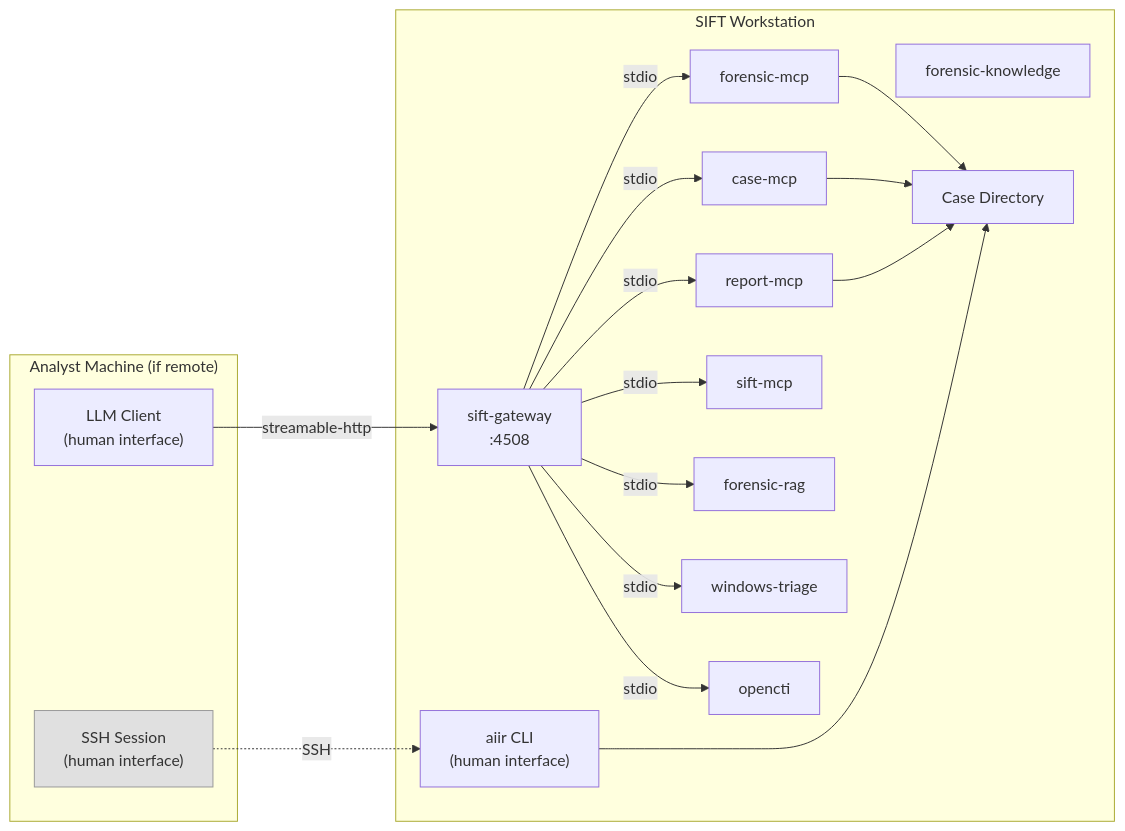
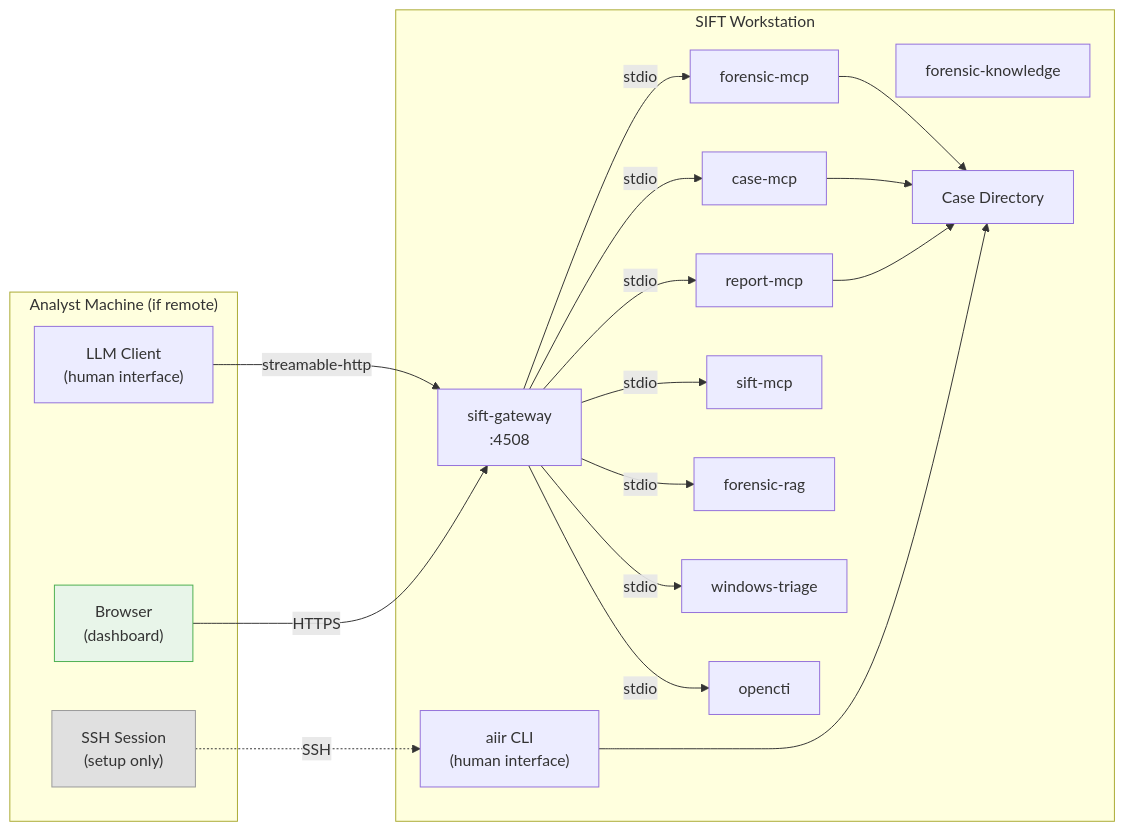
The first of 2 diagrams in README.md (AppliedIR/sift-mcp), drawn with Mermaid before and after one commit. The commit also changed other lines of this file and 2 other files, not shown here.

Commit message:
update docs to reflect dashboard as primary review interface

````diff
--- a/README.md
+++ b/README.md
@@ -120,37 +125,40 @@
 ```mermaid
 graph LR
     subgraph analyst ["Analyst Machine (if remote)"]
         CC["LLM Client<br/>(human interface)"]
-        SSH["SSH Session<br/>(human interface)"]
+        BR["Browser<br/>(dashboard)"]
+        SSH["SSH Session<br/>(setup only)"]
     end
 
     subgraph sift ["SIFT Workstation"]
         CLI["aiir CLI<br/>(human interface)"]
         GW["sift-gateway<br/>:4508"]
         FM["forensic-mcp"]
         CM["case-mcp"]
         RM["report-mcp"]
         SM["sift-mcp"]
         RAG["forensic-rag"]
         WT["windows-triage"]
         OC["opencti"]
         FK["forensic-knowledge"]
         CASE["Case Directory"]
 
         GW -->|stdio| FM
         GW -->|stdio| CM
         GW -->|stdio| RM
         GW -->|stdio| SM
         GW -->|stdio| RAG
         GW -->|stdio| WT
         GW -->|stdio| OC
         FM --> CASE
         CM --> CASE
         RM --> CASE
         CLI --> CASE
     end
 
     CC -->|"streamable-http"| GW
+    BR -->|"HTTPS"| GW
     SSH -.->|"SSH"| CLI
     style SSH fill:#e0e0e0,stroke:#999,color:#333
+    style BR fill:#e8f5e9,stroke:#4caf50,color:#333
 ```
````
